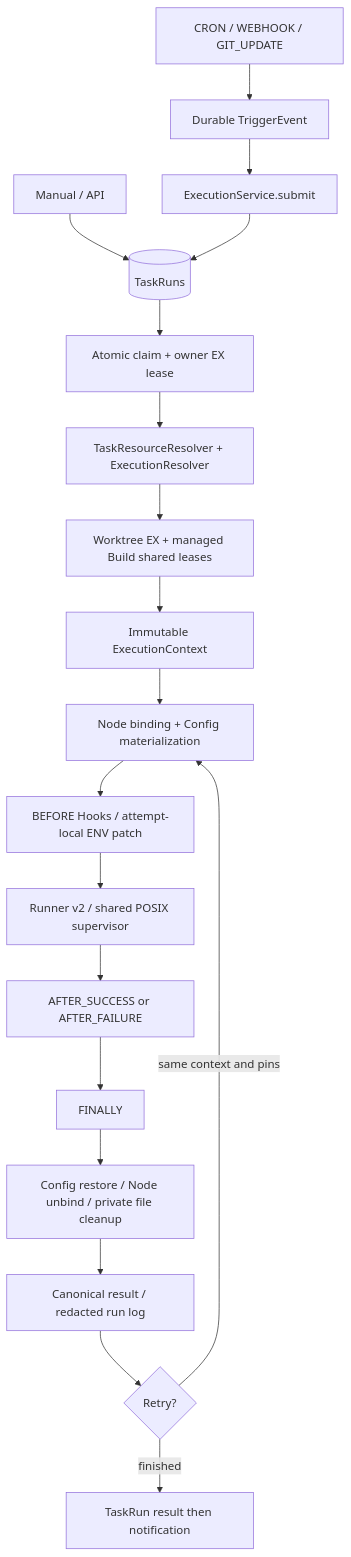
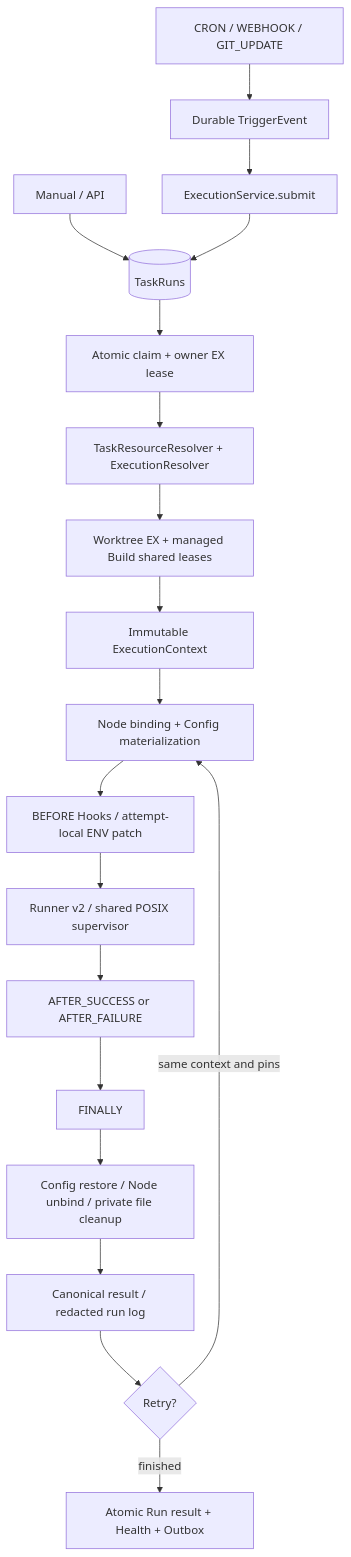
One commit to anysoft/qinglong changed the diagram in docs/architecture/14-execution-engine.md. Above: the diagram before and after it, drawn with Mermaid. The commit also changed other lines of this file and 361 other files, not shown here.

Commit message:
Refactor platform architecture and remove obsolete code

````diff
--- a/docs/architecture/14-execution-engine.md
+++ b/docs/architecture/14-execution-engine.md
@@ -5,21 +5,21 @@
 ```mermaid
 flowchart TD
  Manual[Manual / API] --> Run[(TaskRuns)]
  Trigger[CRON / WEBHOOK / GIT_UPDATE] --> Event[Durable TriggerEvent]
  Event --> Submit[ExecutionService.submit]
  Submit --> Run
  Run --> Owner[Atomic claim + owner EX lease]
  Owner --> Resolver[TaskResourceResolver + ExecutionResolver]
  Resolver --> Pins[Worktree EX + managed Build shared leases]
  Pins --> Context[Immutable ExecutionContext]
  Context --> Prepare[Node binding + Config materialization]
  Prepare --> Before[BEFORE Hooks / attempt-local ENV patch]
  Before --> Main[Runner v2 / shared POSIX supervisor]
  Main --> After[AFTER_SUCCESS or AFTER_FAILURE]
  After --> Finally[FINALLY]
  Finally --> Cleanup[Config restore / Node unbind / private file cleanup]
  Cleanup --> Result[Canonical result / redacted run log]
  Result --> Retry{Retry?}
  Retry -->|same context and pins| Prepare
- Retry -->|finished| Persist[TaskRun result then notification]
+ Retry -->|finished| Persist[Atomic Run result + Health + Outbox]
 ```
````
